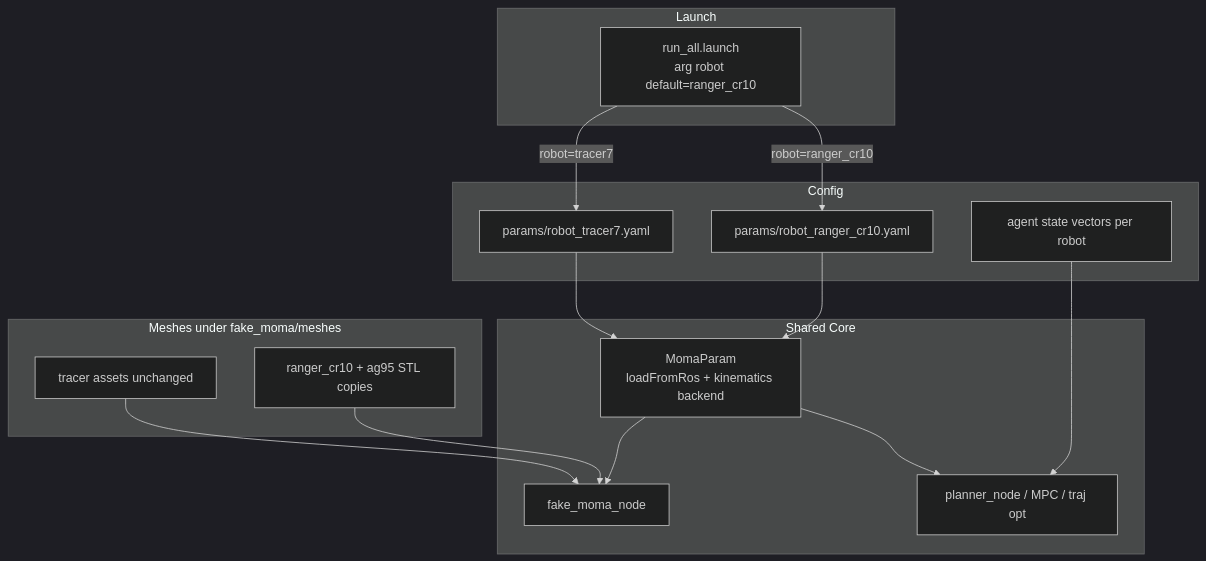
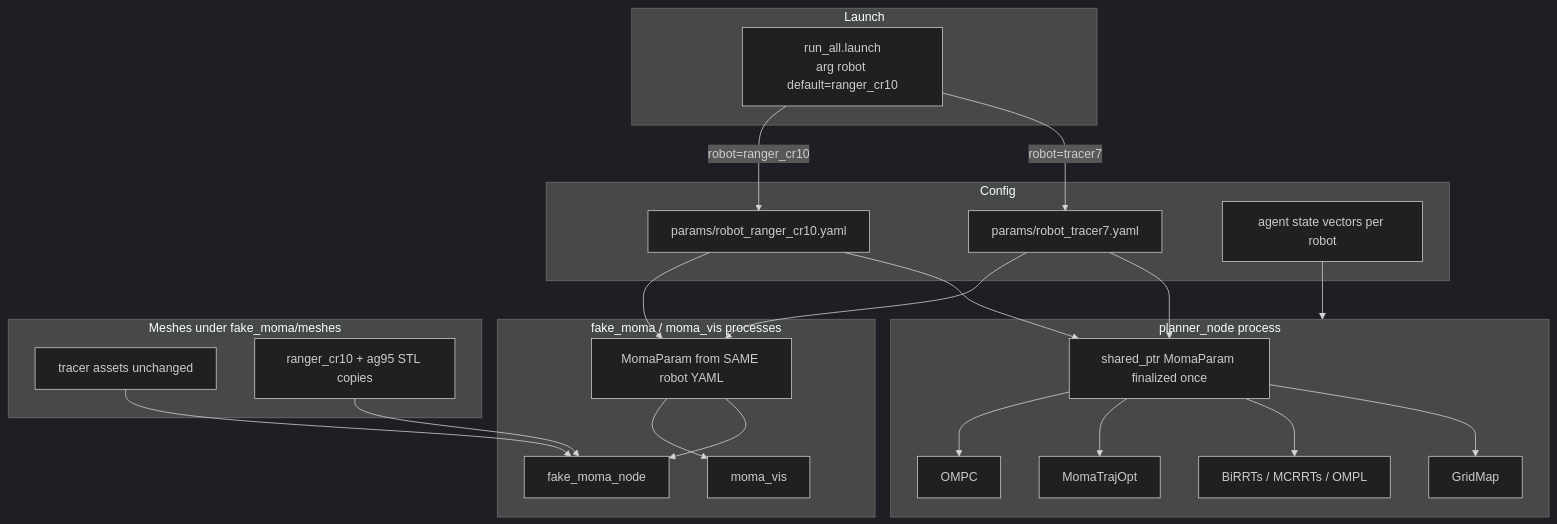
Before and after one commit to LiiiiPeggy/wbc: the diagram in docs/superpowers/specs/2026-08-11-topay-ranger-cr10-design.md, drawn with Mermaid (dark theme). The commit also changed other lines of this file, not shown here.

````diff
--- a/docs/superpowers/specs/2026-08-11-topay-ranger-cr10-design.md
+++ b/docs/superpowers/specs/2026-08-11-topay-ranger-cr10-design.md
@@ -26,33 +47,47 @@
 ```mermaid
 flowchart TB
   subgraph launch [Launch]
     RA["run_all.launch<br/>arg robot default=ranger_cr10"]
   end
 
   subgraph cfg [Config]
     RT["params/robot_tracer7.yaml"]
     RR["params/robot_ranger_cr10.yaml"]
     AG["agent state vectors per robot"]
   end
 
-  subgraph core [Shared Core]
-    MP["MomaParam<br/>loadFromRos + kinematics backend"]
+  subgraph planner_proc [planner_node process]
+    MP0["shared_ptr MomaParam finalized once"]
+    GM["GridMap"]
+    BR["BiRRTs / MCRRTs / OMPL"]
+    TO["MomaTrajOpt"]
+    MPC["OMPC"]
+    MP0 --> GM
+    MP0 --> BR
+    MP0 --> TO
+    MP0 --> MPC
+  end
+
+  subgraph sim_proc [fake_moma / moma_vis processes]
+    MP1["MomaParam from SAME robot YAML"]
     SIM["fake_moma_node"]
-    PLN["planner_node / MPC / traj opt"]
+    VIS["moma_vis"]
+    MP1 --> SIM
+    MP1 --> VIS
   end
 
   subgraph assets [Meshes under fake_moma/meshes]
     MT["tracer assets unchanged"]
     MR["ranger_cr10 + ag95 STL copies"]
   end
 
   RA -->|robot=tracer7| RT
   RA -->|robot=ranger_cr10| RR
-  RT --> MP
-  RR --> MP
-  AG --> PLN
-  MP --> SIM
-  MP --> PLN
+  RT --> MP0
+  RR --> MP0
+  RT --> MP1
+  RR --> MP1
+  AG --> planner_proc
   MT --> SIM
   MR --> SIM
 ```
````
